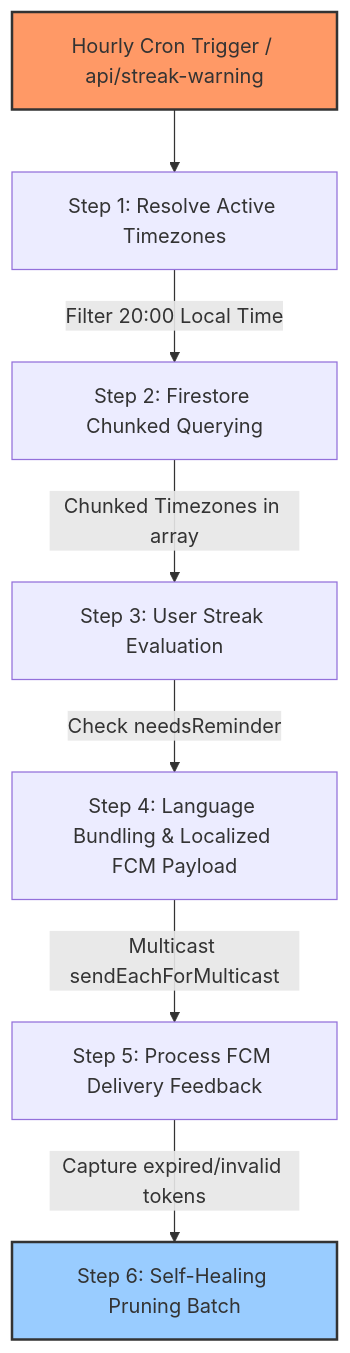
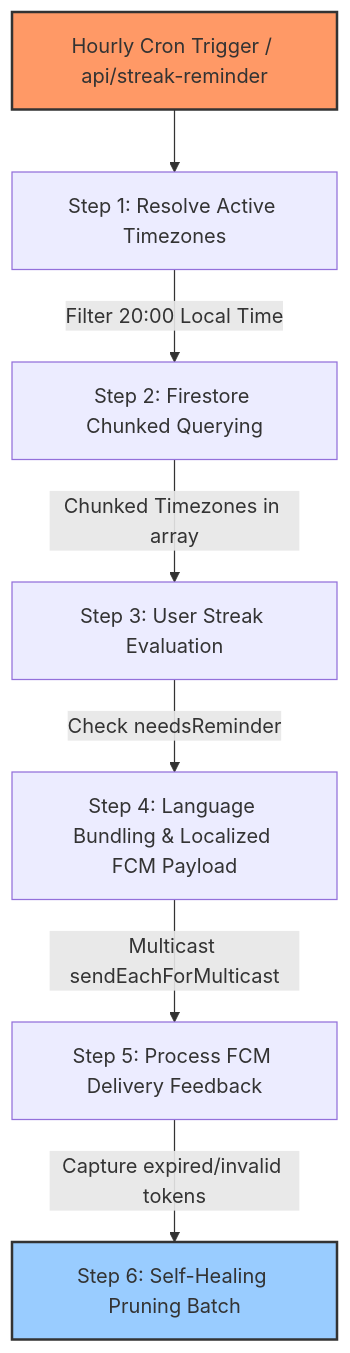
The diagram in docs/timezone-streak-reminders.md (ScriptureHabit/scripture-habit), drawn with Mermaid before and after one commit. The commit also changed other lines of this file and 10 other files, not shown here.

````diff
--- a/docs/timezone-streak-reminders.md
+++ b/docs/timezone-streak-reminders.md
@@ -16,12 +16,12 @@
 ```mermaid
 flowchart TD
-    A[Hourly Cron Trigger / api/streak-warning] --> B[Step 1: Resolve Active Timezones]
+    A[Hourly Cron Trigger / api/streak-reminder] --> B[Step 1: Resolve Active Timezones]
     B -->|Filter 20:00 Local Time| C[Step 2: Firestore Chunked Querying]
     C -->|Chunked Timezones in array| D[Step 3: User Streak Evaluation]
     D -->|Check needsReminder| E[Step 4: Language Bundling & Localized FCM Payload]
     E -->|Multicast sendEachForMulticast| F[Step 5: Process FCM Delivery Feedback]
     F -->|Capture expired/invalid tokens| G[Step 6: Self-Healing Pruning Batch]
 
     style A fill:#f96,stroke:#333,stroke-width:2px
     style G fill:#9cf,stroke:#333,stroke-width:2px
 ```
````
